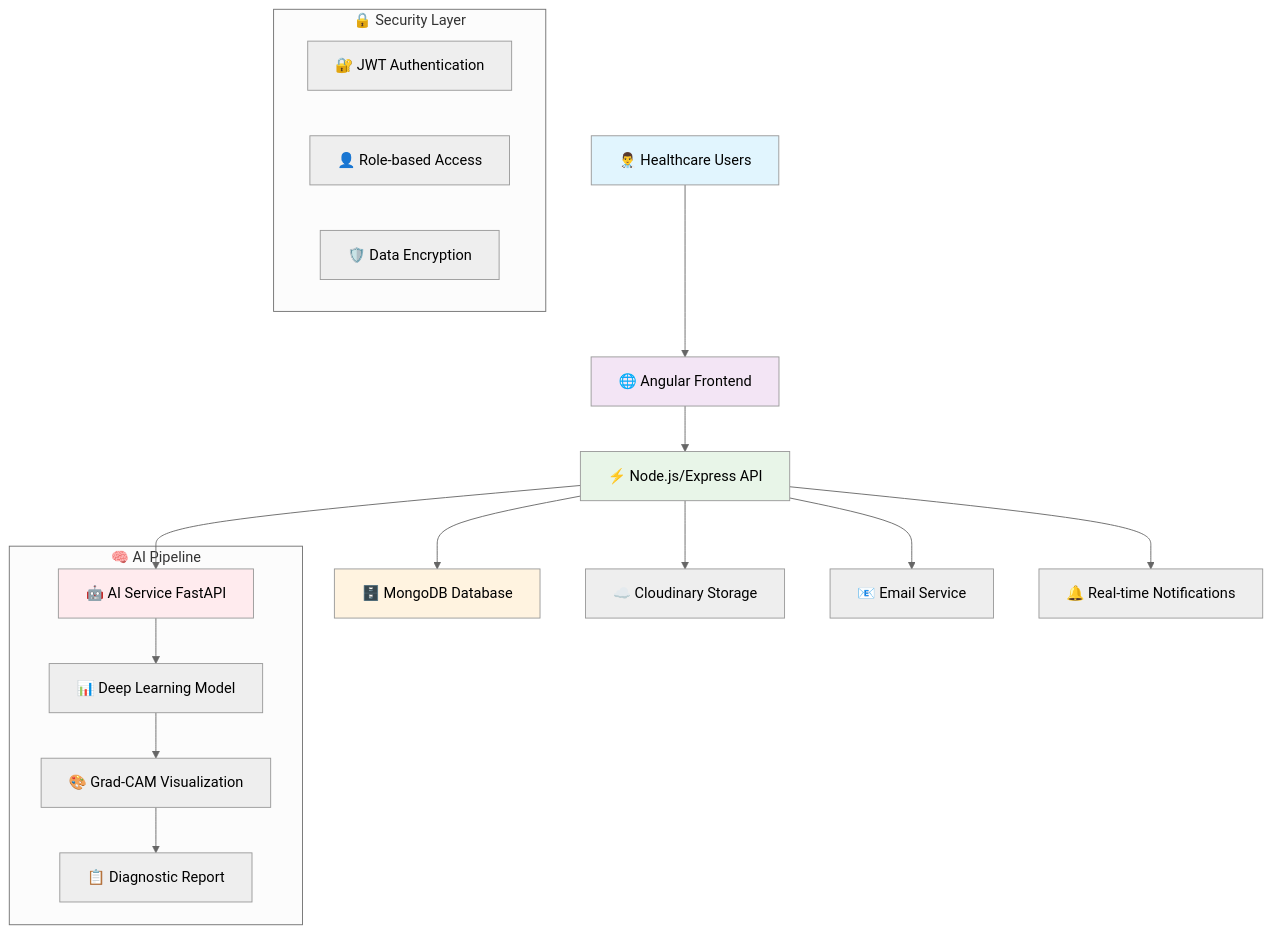
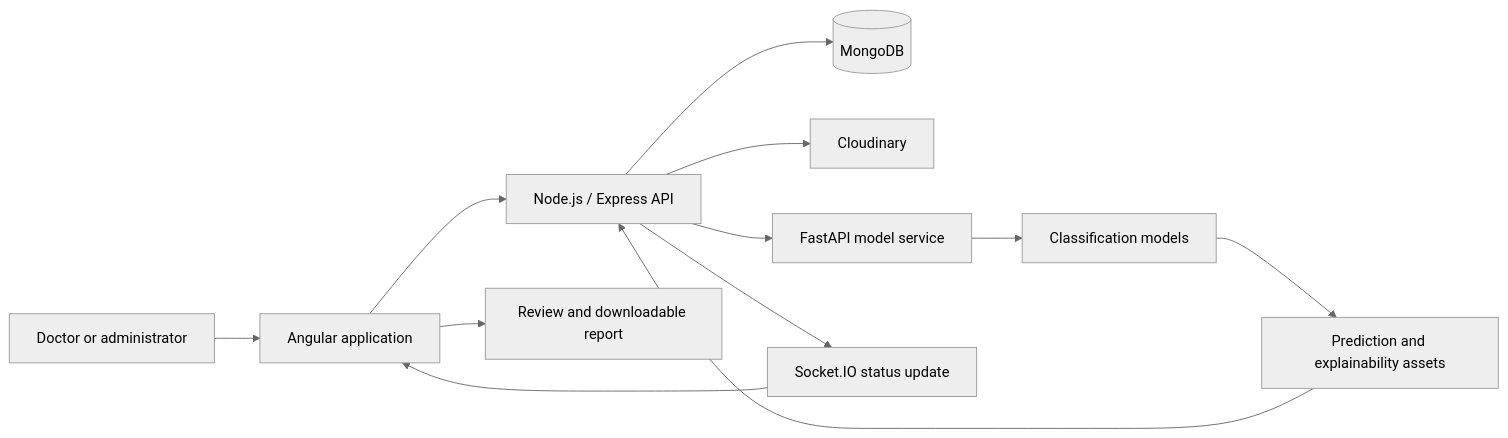
The diagram in README.md (shawky2002020/Knee-MRI-AI-Analysis), drawn with Mermaid (neutral theme) before and after one commit. The commit also changed other lines of this file, not shown here.

````diff
--- a/README.md
+++ b/README.md
@@ -90,28 +52,14 @@
 ```mermaid
-graph TB
-    A[👨‍⚕️ Healthcare Users] --> B[🌐 Angular Frontend]
-    B --> C[⚡ Node.js/Express API]
-    C --> D[🗄️ MongoDB Database]
-    C --> E[🤖 AI Service FastAPI]
-    C --> F[☁️ Cloudinary Storage]
-    C --> G[📧 Email Service]
-    C --> H[🔔 Real-time Notifications]
-    
-    subgraph "🧠 AI Pipeline"
-        E --> I[📊 Deep Learning Model]
-        I --> J[🎨 Grad-CAM Visualization]
-        J --> K[📋 Diagnostic Report]
-    end
-    
-    subgraph "🔒 Security Layer"
-        L[🔐 JWT Authentication]
-        M[👤 Role-based Access]
-        N[🛡️ Data Encryption]
-    end
-    
-    style A fill:#e1f5fe
-    style B fill:#f3e5f5
-    style C fill:#e8f5e8
-    style D fill:#fff3e0
-    style E fill:#ffebee
+flowchart LR
+    U[Doctor or administrator] --> A[Angular application]
+    A --> B[Node.js / Express API]
+    B --> D[(MongoDB)]
+    B --> C[Cloudinary]
+    B --> F[FastAPI model service]
+    F --> M[Classification models]
+    M --> H[Prediction and explainability assets]
+    H --> B
+    B --> S[Socket.IO status update]
+    S --> A
+    A --> R[Review and downloadable report]
 ```
````
